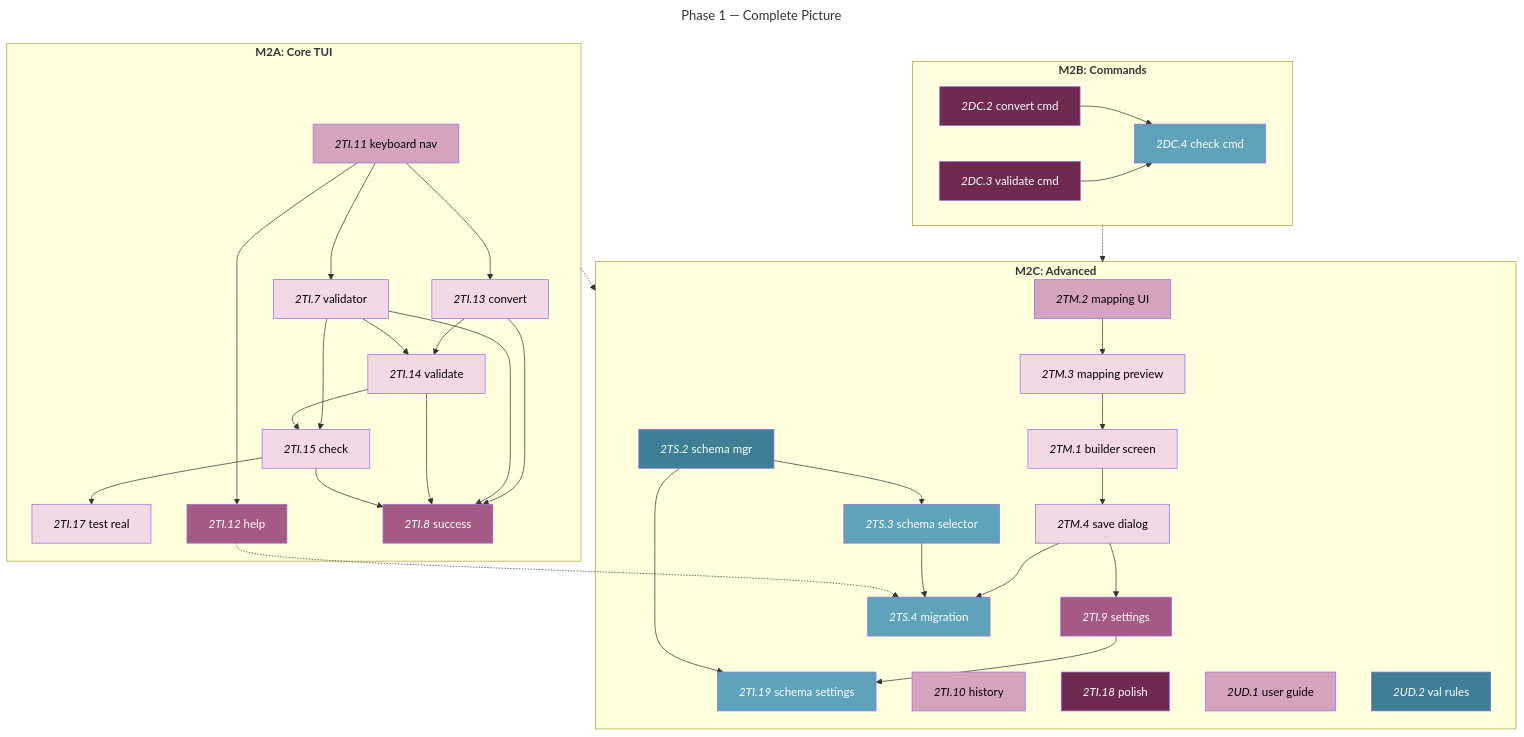
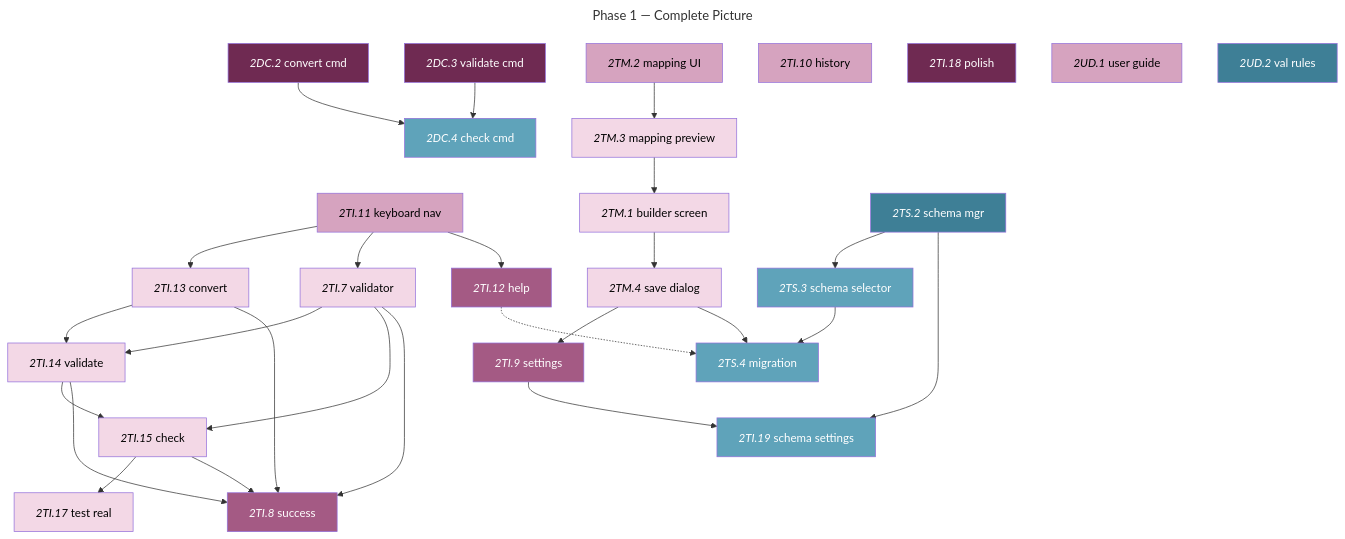
The fifth of 5 diagrams in docs/roadmaps/phase-1-mvp-features.md (foundersandcoders/iris), drawn with Mermaid before and after one commit. The commit also changed other lines of this file, not shown here.

Commit message:
fix: correct mermaid syntax

````diff
--- a/docs/roadmaps/phase-1-mvp-features.md
+++ b/docs/roadmaps/phase-1-mvp-features.md
@@ -296,72 +304,65 @@
 ```mermaid
 ---
 title: Phase 1 — Complete Picture
 ---
 graph TD
 
-%% M2A %%
-subgraph m2a_group["`**M2A: Core TUI**`"]
-    2TI.11["`*2TI.11* keyboard nav`"]:::must-open
-    2TI.13["`*2TI.13* convert`"]:::must-blocked
-    2TI.7["`*2TI.7* validator`"]:::must-blocked
-    2TI.14["`*2TI.14* validate`"]:::must-blocked
-    2TI.15["`*2TI.15* check`"]:::must-blocked
-    2TI.17["`*2TI.17* test real`"]:::must-blocked
-    2TI.12["`*2TI.12* help`"]:::should-blocked
-    2TI.8["`*2TI.8* success`"]:::should-blocked
-end
+%% M2A Tasks %%
+2TI.11["`*2TI.11* keyboard nav`"]:::must-open
+2TI.13["`*2TI.13* convert`"]:::must-blocked
+2TI.7["`*2TI.7* validator`"]:::must-blocked
+2TI.14["`*2TI.14* validate`"]:::must-blocked
+2TI.15["`*2TI.15* check`"]:::must-blocked
+2TI.17["`*2TI.17* test real`"]:::must-blocked
+2TI.12["`*2TI.12* help`"]:::should-blocked
+2TI.8["`*2TI.8* success`"]:::should-blocked
 
-%% M2B %%
-subgraph m2b_group["`**M2B: Commands**`"]
-    2DC.2["`*2DC.2* convert cmd`"]:::should-open
-    2DC.3["`*2DC.3* validate cmd`"]:::should-open
-    2DC.4["`*2DC.4* check cmd`"]:::could-blocked
-end
+%% M2B Tasks %%
+2DC.2["`*2DC.2* convert cmd`"]:::should-open
+2DC.3["`*2DC.3* validate cmd`"]:::should-open
+2DC.4["`*2DC.4* check cmd`"]:::could-blocked
 
-%% M2C %%
-subgraph m2c_group["`**M2C: Advanced**`"]
-    2TM.2["`*2TM.2* mapping UI`"]:::must-open
-    2TM.3["`*2TM.3* mapping preview`"]:::must-blocked
-    2TM.1["`*2TM.1* builder screen`"]:::must-blocked
-    2TM.4["`*2TM.4* save dialog`"]:::must-blocked
-    2TI.9["`*2TI.9* settings`"]:::should-blocked
-    2TS.2["`*2TS.2* schema mgr`"]:::could-open
-    2TS.3["`*2TS.3* schema selector`"]:::could-blocked
-    2TS.4["`*2TS.4* migration`"]:::could-blocked
-    2TI.19["`*2TI.19* schema settings`"]:::could-blocked
-    2TI.10["`*2TI.10* history`"]:::must-open
-    2TI.18["`*2TI.18* polish`"]:::should-open
-    2UD.1["`*2UD.1* user guide`"]:::must-open
-    2UD.2["`*2UD.2* val rules`"]:::could-open
-end
+%% M2C Tasks %%
+2TM.2["`*2TM.2* mapping UI`"]:::must-open
+2TM.3["`*2TM.3* mapping preview`"]:::must-blocked
+2TM.1["`*2TM.1* builder screen`"]:::must-blocked
+2TM.4["`*2TM.4* save dialog`"]:::must-blocked
+2TI.9["`*2TI.9* settings`"]:::should-blocked
+2TS.2["`*2TS.2* schema mgr`"]:::could-open
+2TS.3["`*2TS.3* schema selector`"]:::could-blocked
+2TS.4["`*2TS.4* migration`"]:::could-blocked
+2TI.19["`*2TI.19* schema settings`"]:::could-blocked
+2TI.10["`*2TI.10* history`"]:::must-open
+2TI.18["`*2TI.18* polish`"]:::should-open
+2UD.1["`*2UD.1* user guide`"]:::must-open
+2UD.2["`*2UD.2* val rules`"]:::could-open
 
-%% Dependencies %%
+%% M2A Dependencies %%
 2TI.11 --> 2TI.13 & 2TI.7 & 2TI.12
 2TI.13 --> 2TI.14 & 2TI.8
 2TI.7 --> 2TI.14 & 2TI.15 & 2TI.8
 2TI.14 --> 2TI.15 & 2TI.8
 2TI.15 --> 2TI.17 & 2TI.8
 
+%% M2B Dependencies %%
 2DC.2 --> 2DC.4
 2DC.3 --> 2DC.4
 
-m2a_group -.-> m2c_group
-m2b_group -.-> m2c_group
-
+%% M2C Dependencies %%
 2TM.2 --> 2TM.3
 2TM.3 --> 2TM.1
 2TM.1 --> 2TM.4
 2TM.4 --> 2TI.9 & 2TS.4
 2TI.9 --> 2TI.19
 2TS.2 --> 2TS.3 & 2TI.19
 2TS.3 --> 2TS.4
 2TI.12 -.-> 2TS.4
 
 classDef must-open fill:#D6A3BF,color:#000;
 classDef must-blocked fill:#F3D8E6,color:#000;
 classDef should-open fill:#6F2A52,color:#fff;
 classDef should-blocked fill:#A45A84,color:#fff;
 classDef could-open fill:#3E7F96,color:#fff;
 classDef could-blocked fill:#5FA3BA,color:#fff;
 classDef mile fill:#E8EFF6,color:#000;
 ```
````
